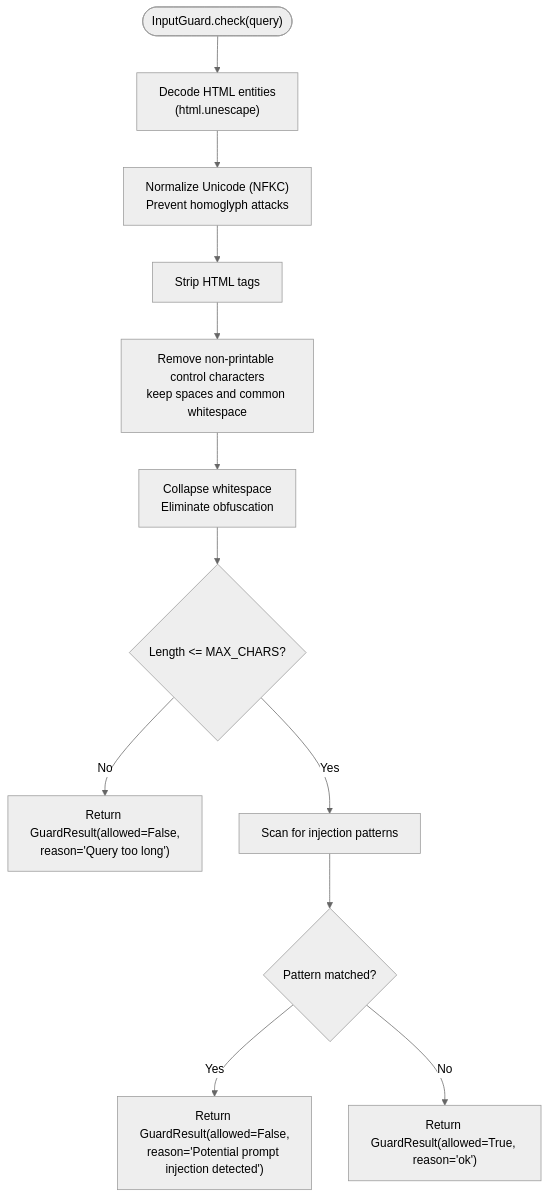
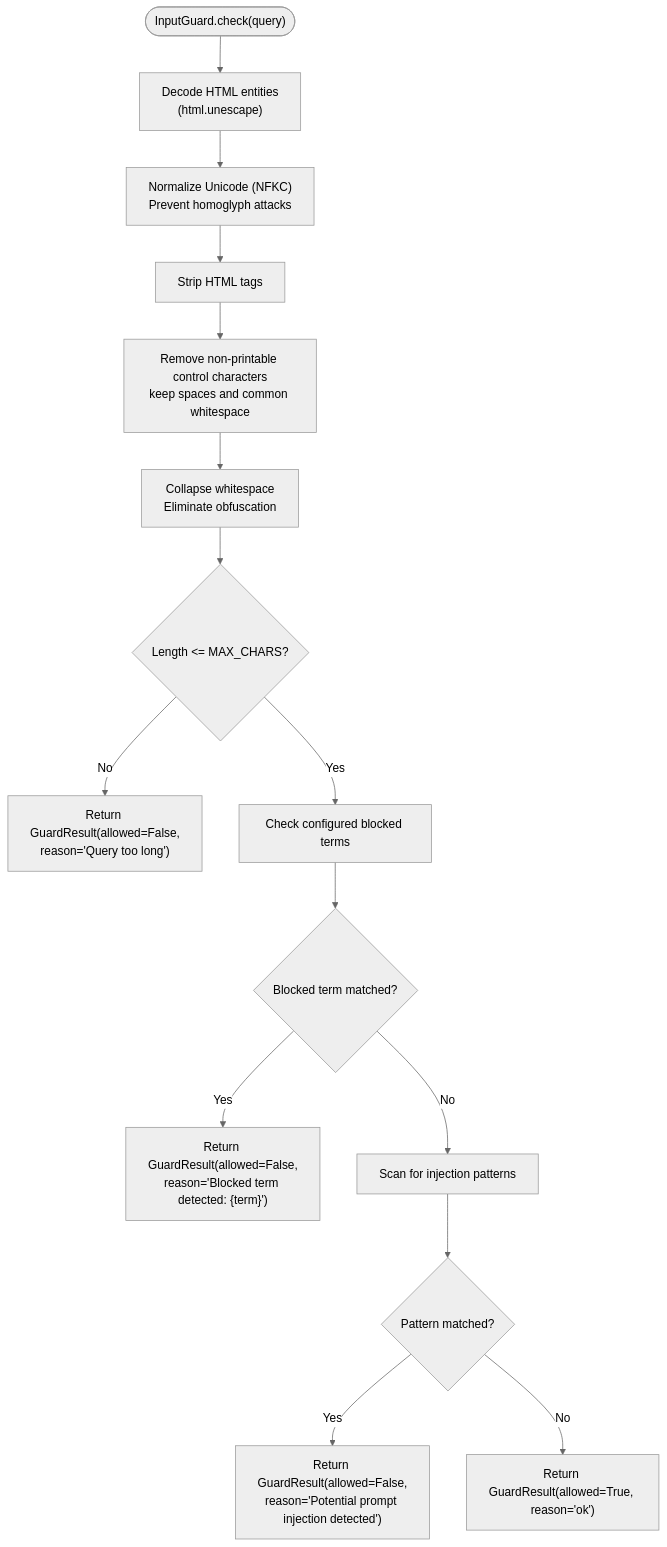
Before and after one commit to genes8/private-ai: the third of 5 diagrams in .qoder/repowiki/en/content/Security and Compliance/Input Validation and Sanitization.md, drawn with Mermaid (neutral theme). The commit also changed other lines of this file and 19 other files, not shown here.

````diff
--- a/.qoder/repowiki/en/content/Security and Compliance/Input Validation and Sanitization.md
+++ b/.qoder/repowiki/en/content/Security and Compliance/Input Validation and Sanitization.md
@@ -157,14 +157,17 @@
 ```mermaid
 flowchart TD
 Start(["InputGuard.check(query)"]) --> DecodeHTML["Decode HTML entities<br/>(html.unescape)"]
 DecodeHTML --> NormalizeUnicode["Normalize Unicode (NFKC)<br/>Prevent homoglyph attacks"]
 NormalizeUnicode --> StripHTML["Strip HTML tags"]
 StripHTML --> CleanCtrl["Remove non-printable control characters<br/>keep spaces and common whitespace"]
 CleanCtrl --> CollapseWS["Collapse whitespace<br/>Eliminate obfuscation"]
 CollapseWS --> LenCheck{"Length <= MAX_CHARS?"}
 LenCheck --> |No| BlockLen["Return GuardResult(allowed=False,<br/>reason='Query too long')"]
-LenCheck --> |Yes| PatternScan["Scan for injection patterns"]
+LenCheck --> |Yes| BlockedTerms["Check configured blocked terms"]
+BlockedTerms --> FoundTerm{"Blocked term matched?"}
+FoundTerm --> |Yes| BlockTerm["Return GuardResult(allowed=False,<br/>reason='Blocked term detected: {term}')"]
+FoundTerm --> |No| PatternScan["Scan for injection patterns"]
 PatternScan --> Found{"Pattern matched?"}
 Found --> |Yes| BlockInject["Return GuardResult(allowed=False,<br/>reason='Potential prompt injection detected')"]
 Found --> |No| Allow["Return GuardResult(allowed=True, reason='ok')"]
 ```
````
